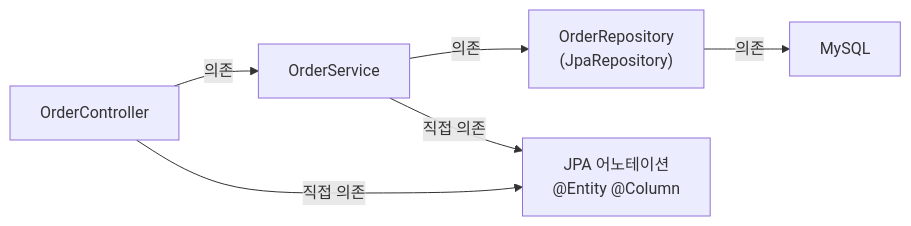
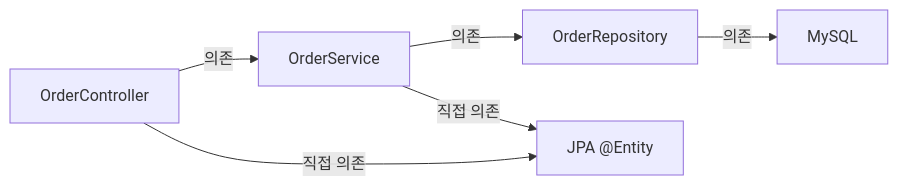
One commit to yjkim2015/yjkim2015.github.io changed the second of 8 diagrams in _posts/architecture/2026-05-12-layered-clean-onion.md. Above: the diagram before and after it, drawn with Mermaid. The commit also changed other lines of this file and 245 other files, not shown here.

First line of the commit message:
Mermaid 다이어그램 전면 수정 + 면접 포인트 접기/펼치기 + DB 데드락 페이지

````diff
--- a/_posts/architecture/2026-05-12-layered-clean-onion.md
+++ b/_posts/architecture/2026-05-12-layered-clean-onion.md
@@ -62,9 +62,9 @@
 ```mermaid
 graph LR
     Controller["OrderController"] -->|의존| Service["OrderService"]
-    Service -->|의존| Repository["OrderRepository\n(JpaRepository)"]
+    Service -->|의존| Repository["OrderRepository"]
     Repository -->|의존| MySQL["MySQL"]
 
-    Service -->|직접 의존| JPA["JPA 어노테이션\n@Entity @Column"]
+    Service -->|직접 의존| JPA["JPA @Entity"]
     Controller -->|직접 의존| JPA
 ```
````
